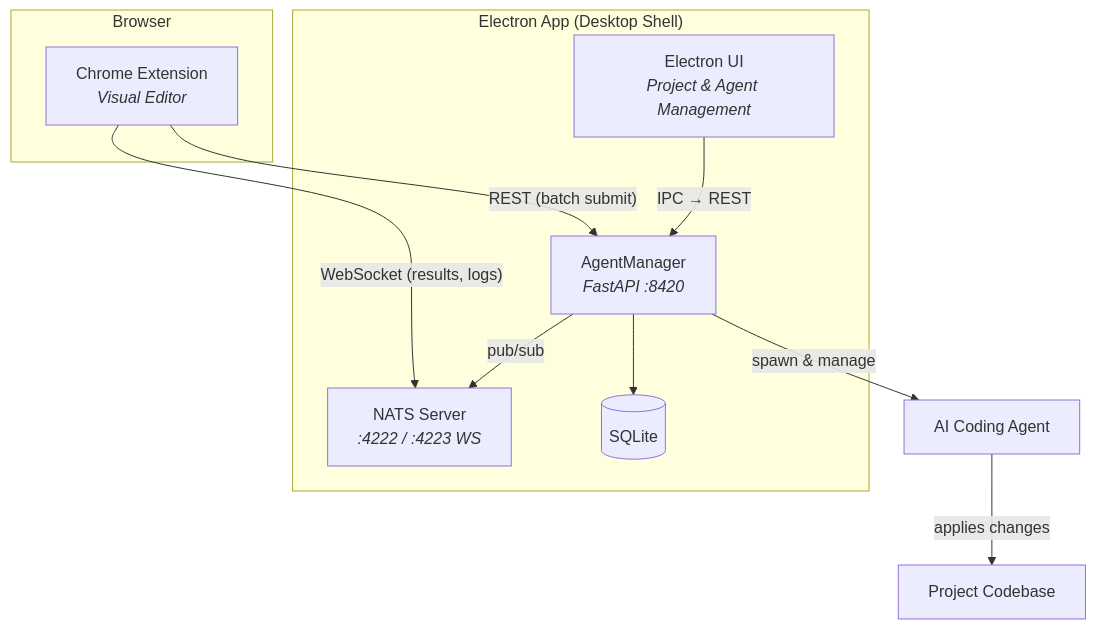
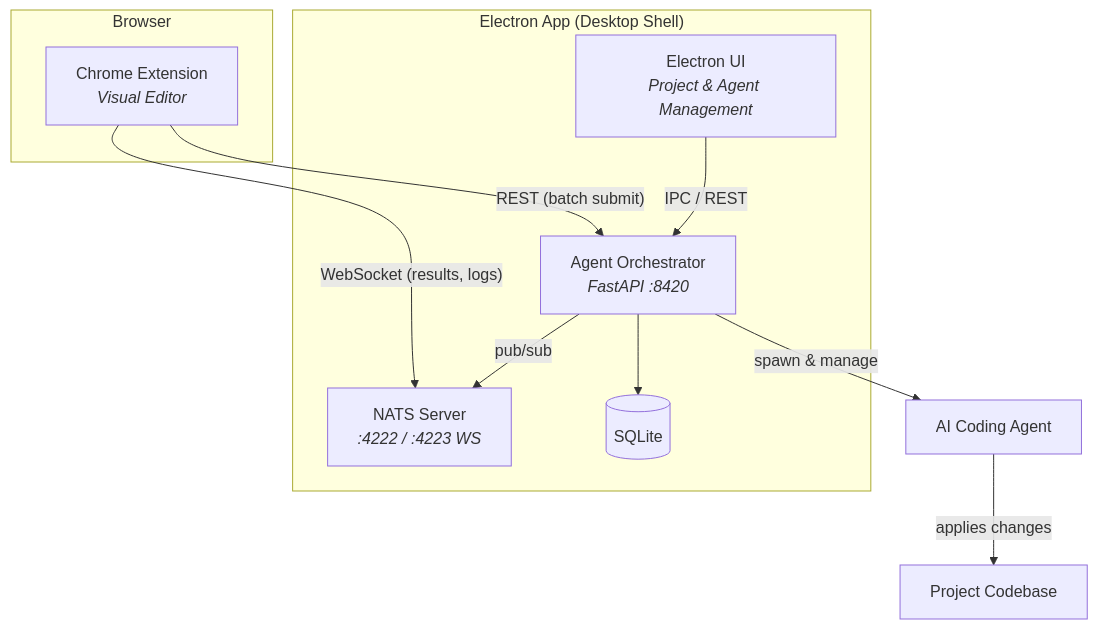
The diagram in README.md (lukaskellerstein/vex), drawn with Mermaid before and after one commit. The commit also changed other lines of this file and 16 other files, not shown here.

````diff
--- a/README.md
+++ b/README.md
@@ -46,21 +49,21 @@
 ```mermaid
 graph TD
     subgraph Browser
         CE[Chrome Extension<br/><i>Visual Editor</i>]
     end
 
     subgraph "Electron App (Desktop Shell)"
         EA[Electron UI<br/><i>Project & Agent Management</i>]
         NATS[NATS Server<br/><i>:4222 / :4223 WS</i>]
-        AM[AgentManager<br/><i>FastAPI :8420</i>]
+        AO[Agent Orchestrator<br/><i>FastAPI :8420</i>]
         DB[(SQLite)]
     end
 
-    CE -- "REST (batch submit)" --> AM
+    CE -- "REST (batch submit)" --> AO
     CE -- "WebSocket (results, logs)" --> NATS
-    EA -- "IPC → REST" --> AM
-    AM -- "pub/sub" --> NATS
-    AM --> DB
-    AM -- "spawn & manage" --> Agent[AI Coding Agent]
+    EA -- "IPC / REST" --> AO
+    AO -- "pub/sub" --> NATS
+    AO --> DB
+    AO -- "spawn & manage" --> Agent[AI Coding Agent]
     Agent -- "applies changes" --> Codebase[Project Codebase]
 ```
````
